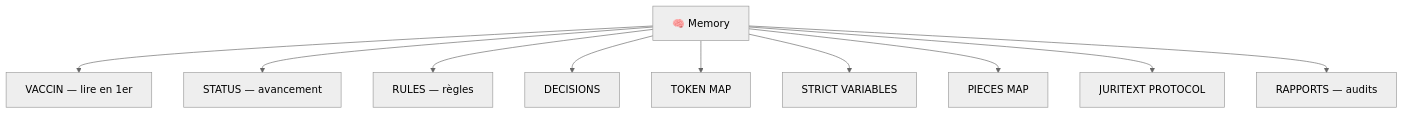
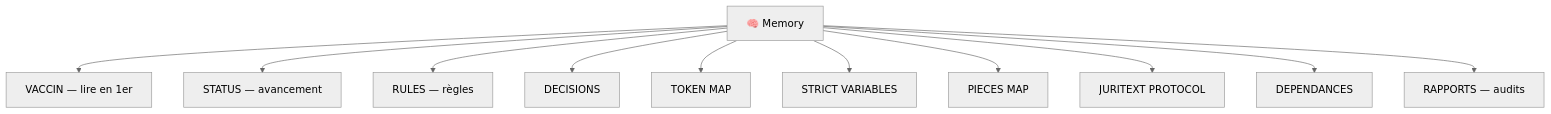
Before and after one commit to criloOcom/accident-main: the diagram in 🧠 Memory/README.md, drawn with Mermaid (neutral theme). The commit also changed other lines of this file and 2 other files, not shown here.

Commit message:
docs: ajouter le graphe des dependances logiques des actes et courriers

````diff
--- a/🧠 Memory/README.md
+++ b/🧠 Memory/README.md
@@ -17,12 +17,13 @@
 ```mermaid
 graph TD
     M[🧠 Memory] --> V[VACCIN — lire en 1er]
     M --> S[STATUS — avancement]
     M --> R[RULES — règles]
     M --> D[DECISIONS]
     M --> T[TOKEN MAP]
     M --> SV[STRICT VARIABLES]
     M --> P[PIECES MAP]
     M --> J[JURITEXT PROTOCOL]
+    M --> DEP[DEPENDANCES]
     M --> RA[RAPPORTS — audits]
 ```
````
